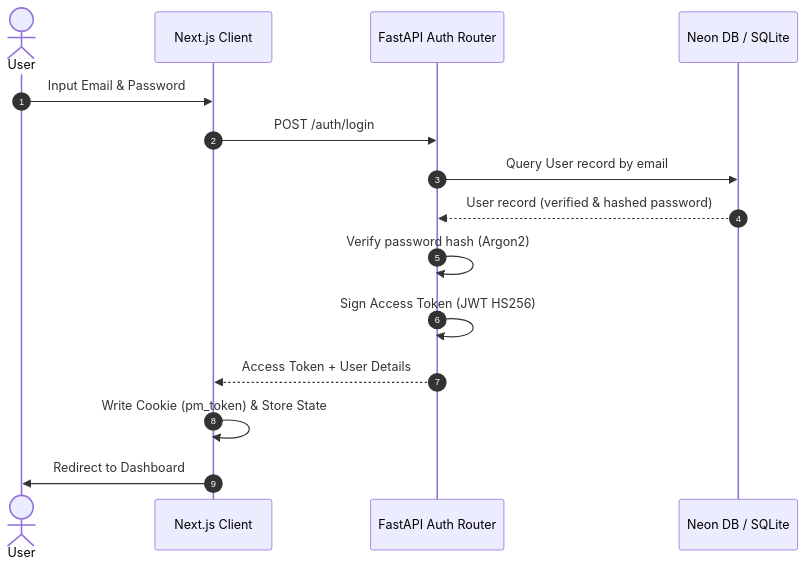
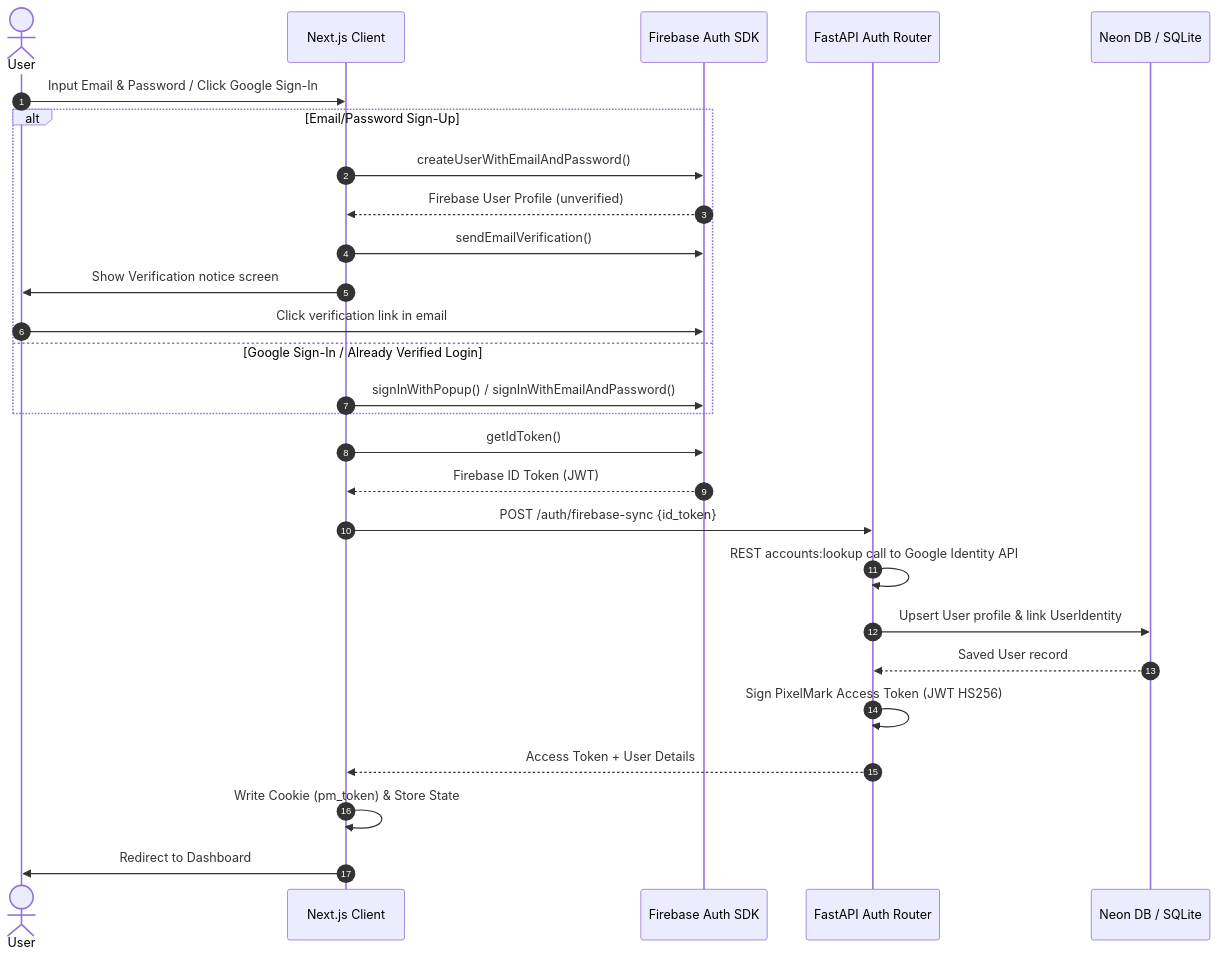
One commit to SaumyaPatel25/Pixel_Mark changed the second of 4 diagrams in docs/architecture.md. Above: the diagram before and after it, drawn with Mermaid. The commit also changed other lines of this file and 15 other files, not shown here.

Commit message:
feat: Integrate Firebase Authentication with Google SSO and email verification gates

````diff
--- a/docs/architecture.md
+++ b/docs/architecture.md
@@ -53,18 +53,30 @@
 ```mermaid
 sequenceDiagram
     autonumber
     actor User
     participant App as Next.js Client
+    participant FB as Firebase Auth SDK
     participant Auth as FastAPI Auth Router
     participant DB as Neon DB / SQLite
 
-    User->>App: Input Email & Password
-    App->>Auth: POST /auth/login
-    Auth->>DB: Query User record by email
-    DB-->>Auth: User record (verified & hashed password)
-    Auth->>Auth: Verify password hash (Argon2)
-    Auth->>Auth: Sign Access Token (JWT HS256)
+    User->>App: Input Email & Password / Click Google Sign-In
+    alt Email/Password Sign-Up
+        App->>FB: createUserWithEmailAndPassword()
+        FB-->>App: Firebase User Profile (unverified)
+        App->>FB: sendEmailVerification()
+        App->>User: Show Verification notice screen
+        User->>FB: Click verification link in email
+    else Google Sign-In / Already Verified Login
+        App->>FB: signInWithPopup() / signInWithEmailAndPassword()
+    end
+    App->>FB: getIdToken()
+    FB-->>App: Firebase ID Token (JWT)
+    App->>Auth: POST /auth/firebase-sync {id_token}
+    Auth->>Auth: REST accounts:lookup call to Google Identity API
+    Auth->>DB: Upsert User profile & link UserIdentity
+    DB-->>Auth: Saved User record
+    Auth->>Auth: Sign PixelMark Access Token (JWT HS256)
     Auth-->>App: Access Token + User Details
     App->>App: Write Cookie (pm_token) & Store State
     App->>User: Redirect to Dashboard
 ```
````
